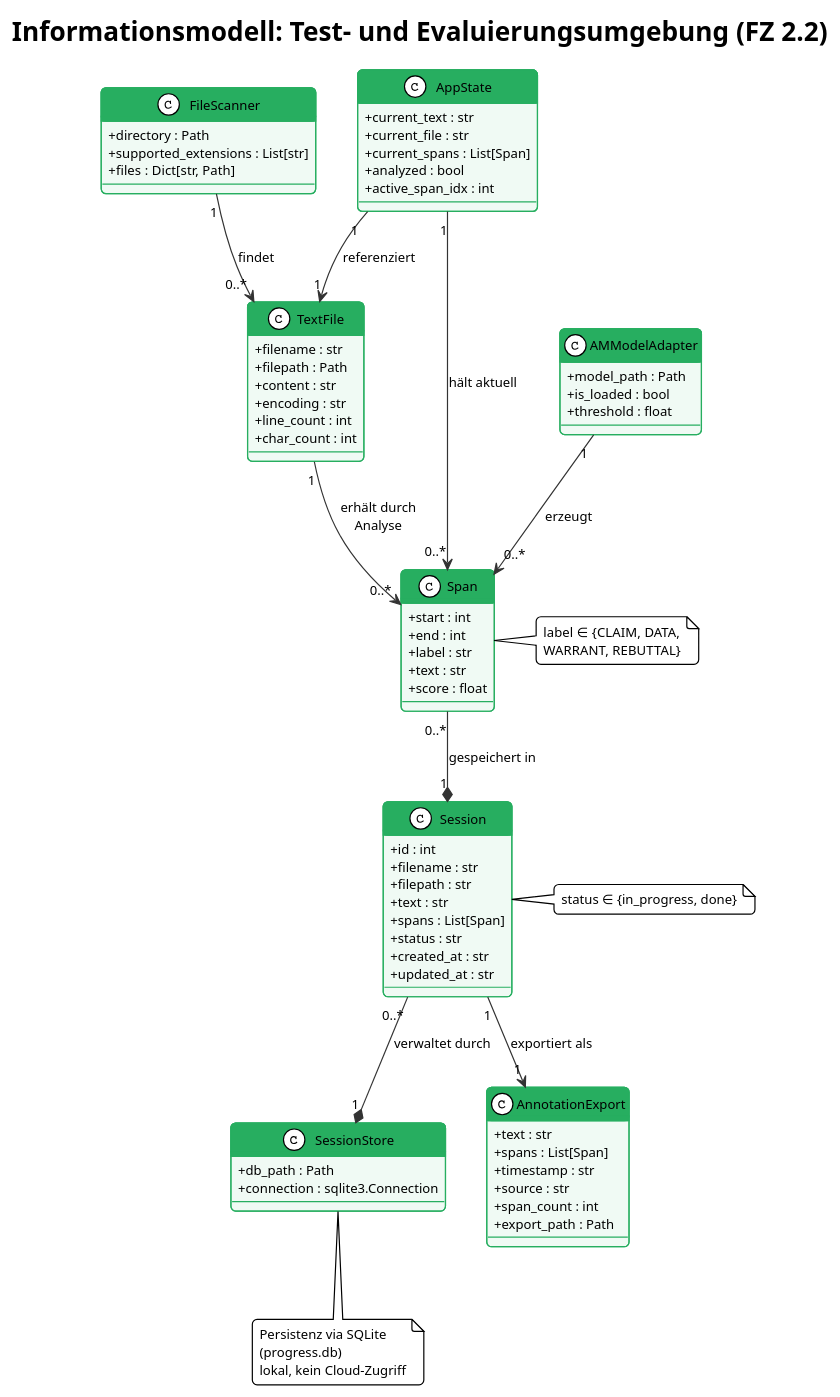
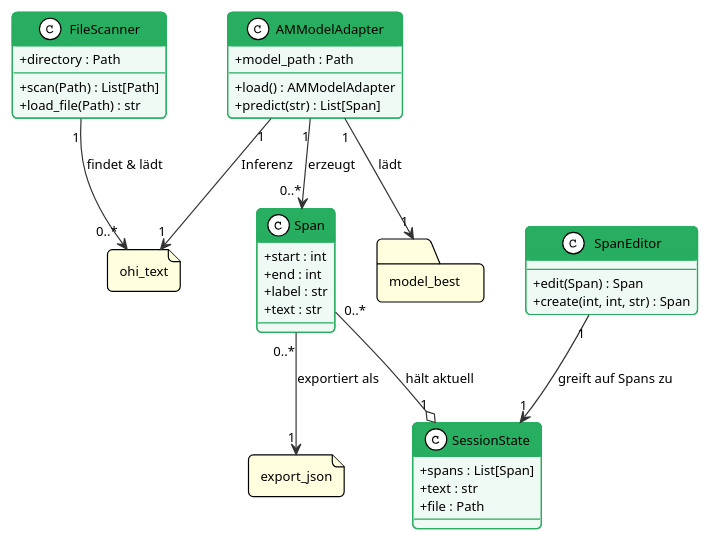
One commit to felixdrescher/german_am_modell changed the diagram in documentation/app/inf-model.plantuml. Above: the diagram before and after it, drawn with PlantUML. The commit also changed 19 other files, not shown here.

Commit message:
finalizes documentation (uml wise)

```diff
--- a/documentation/app/inf-model.plantuml
+++ b/documentation/app/inf-model.plantuml
@@ -1,108 +1,78 @@
-@startuml FZ22_Informationsmodell
+@startuml Information Model: App
 !theme plain
 skinparam defaultFontName Arial
 skinparam defaultFontSize 11
 skinparam roundcorner 8
 skinparam classAttributeIconSize 0
 
 skinparam class {
     BackgroundColor #F0FAF4
     BorderColor #27AE60
     ArrowColor #333
     HeaderBackgroundColor #27AE60
     HeaderFontColor white
 }
 
-title Informationsmodell: Test- und Evaluierungsumgebung (FZ 2.2)
+skinparam file {
+    BackgroundColor #LightYellow
+}
 
-' ── Klassen ───────────────────────────────────────────────────────────────────
+skinparam folder {
+    BackgroundColor #LightYellow
+}
 
 class FileScanner {
     + directory : Path
-    + supported_extensions : List[str]
-    + files : Dict[str, Path]
+    ---
+    + scan(Path) : List[Path]
+    + load_file(Path) : str
 }
 
-class TextFile {
-    + filename : str
-    + filepath : Path
-    + content : str
-    + encoding : str
-    + line_count : int
-    + char_count : int
+folder model_best {
+
+}
+
+file ohi_text {
+}
+
+file export_json {
+
 }
 
 class Span {
     + start : int
     + end : int
     + label : str
     + text : str
-    + score : float
 }
 
-class Session {
-    + id : int
-    + filename : str
-    + filepath : str
+class SessionState {
+    + spans : List[Span]
     + text : str
-    + spans : List[Span]
-    + status : str
-    + created_at : str
-    + updated_at : str
-}
-
-class SessionStore {
-    + db_path : Path
-    + connection : sqlite3.Connection
-}
-
-class AnnotationExport {
-    + text : str
-    + spans : List[Span]
-    + timestamp : str
-    + source : str
-    + span_count : int
-    + export_path : Path
-}
-
-class AppState {
-    + current_text : str
-    + current_file : str
-    + current_spans : List[Span]
-    + analyzed : bool
-    + active_span_idx : int
+    + file : Path
 }
 
 class AMModelAdapter {
     + model_path : Path
-    + is_loaded : bool
-    + threshold : float
+    ---
+    + load() : AMModelAdapter
+    + predict(str) : List[Span]
+}
+
+class SpanEditor {
+    ---
+    + edit(Span) : Span
+    + create(int, int, str) : Span
 }
 
 ' ── Beziehungen ────────────────────────────────────────────────────────────────
 
-FileScanner  "1" --> "0..*" TextFile       : findet
-TextFile     "1" --> "0..*" Span           : erhält durch\nAnalyse
-Span        "0..*" --* "1"  Session        : gespeichert in
-Session      "0..*" --* "1" SessionStore   : verwaltet durch
-Session      "1"   --> "1"  AnnotationExport : exportiert als
-AppState     "1"   --> "0..*" Span         : hält aktuell
-AppState     "1"   --> "1"  TextFile       : referenziert
-AMModelAdapter "1" --> "0..*" Span         : erzeugt
-
-note right of Session
-  status ∈ {in_progress, done}
-end note
-
-note right of Span
-  label ∈ {CLAIM, DATA,
-  WARRANT, REBUTTAL}
-end note
-
-note bottom of SessionStore
-  Persistenz via SQLite
-  (progress.db)
-  lokal, kein Cloud-Zugriff
-end note
+FileScanner   "1"    -->  "0..*" ohi_text       : findet & lädt
+AMModelAdapter "1" --> "1" ohi_text             : Inferenz
+Span         "0..*"  --o  "1"   SessionState    : hält aktuell
+Span         "0..*"  -->  "1"   export_json     : exportiert als
+AMModelAdapter "1"   -->  "0..*" Span           : erzeugt
+AMModelAdapter "1" --> "1" model_best           : lädt
+SpanEditor "1" --> "1" SessionState       : greift auf Spans zu
 
 @enduml
```
